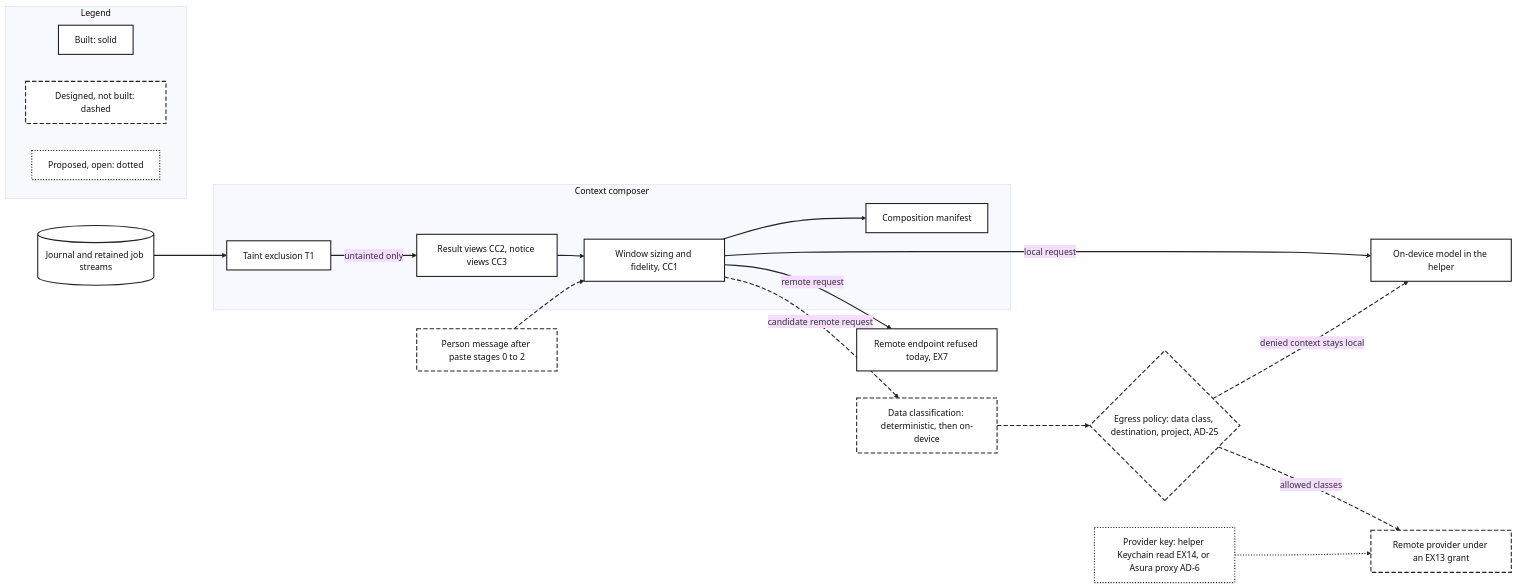
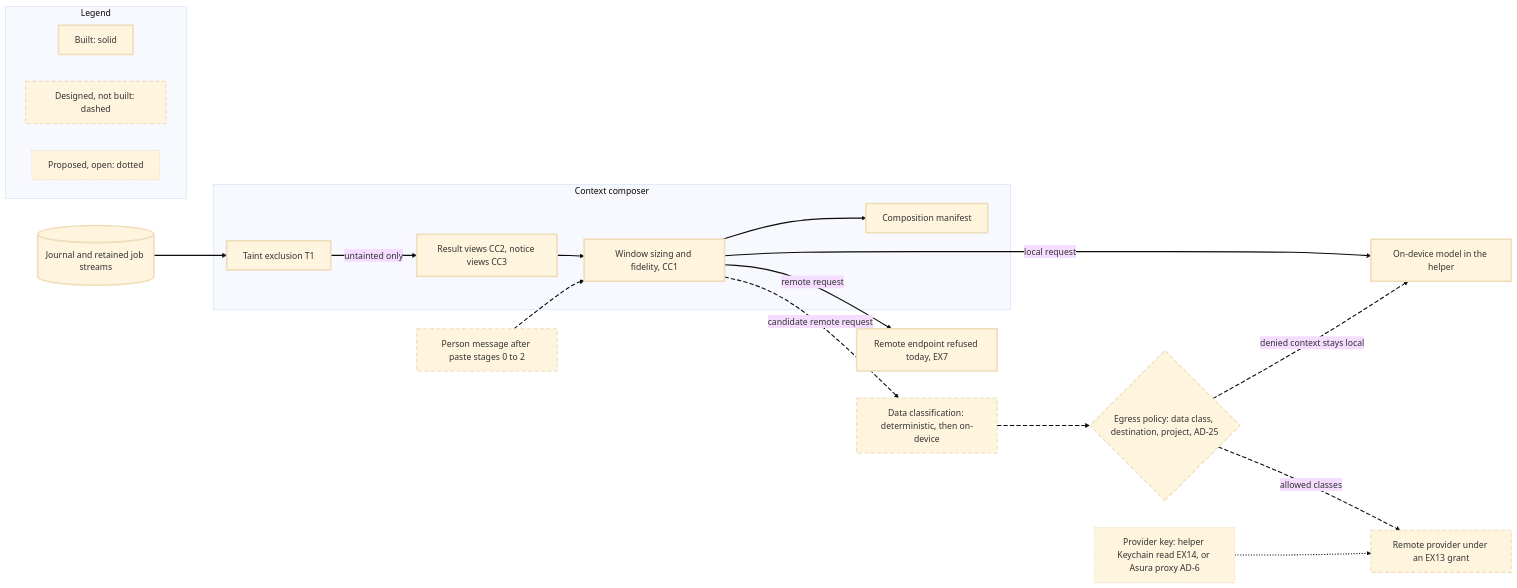
Before and after one commit to pidster/asura: the sixth of 7 diagrams in docs/designs/architecture-overview.md, drawn with Mermaid (base theme). The commit also changed other lines of this file, not shown here.

First line of the commit message:
Let the overview diagrams follow the viewer's theme: no colours set

````diff
--- a/docs/designs/architecture-overview.md
+++ b/docs/designs/architecture-overview.md
@@ -432,41 +432,41 @@
 ```mermaid
 flowchart LR
     Jn[("Journal and retained job streams")]:::built
     Msg["Person message after paste stages 0 to 2"]:::designed
     subgraph Comp["Context composer"]
         T1["Taint exclusion T1"]:::built
         Views["Result views CC2, notice views CC3"]:::built
         Win["Window sizing and fidelity, CC1"]:::built
         Man["Composition manifest"]:::built
     end
     Cls["Data classification: deterministic, then on-device"]:::designed
     Pol{"Egress policy: data class, destination, project, AD-25"}:::designed
     Local["On-device model in the helper"]:::built
     Refuse["Remote endpoint refused today, EX7"]:::built
     Remote["Remote provider under an EX13 grant"]:::designed
     Key["Provider key: helper Keychain read EX14, or Asura proxy AD-6"]:::proposed
     Jn --> T1
     T1 -->|"untainted only"| Views
     Views --> Win
     Win --> Man
     Win -->|"local request"| Local
     Win -->|"remote request"| Refuse
     Msg --> Win
     Win -->|"candidate remote request"| Cls
     Cls --> Pol
     Pol -->|"allowed classes"| Remote
     Pol -->|"denied context stays local"| Local
     Key --> Remote
     subgraph Legend["Legend"]
         direction LR
         LB["Built: solid"]:::built
         LD["Designed, not built: dashed"]:::designed
         LP["Proposed, open: dotted"]:::proposed
     end
-    classDef built fill:#ffffff,stroke:#222222,stroke-width:2px,color:#111111
-    classDef designed fill:#ffffff,stroke:#222222,stroke-width:2px,stroke-dasharray:8 4,color:#111111
-    classDef proposed fill:#ffffff,stroke:#222222,stroke-width:2px,stroke-dasharray:2 3,color:#111111
-    linkStyle 0,1,2,3,4,5 stroke:#222222,stroke-width:2px
-    linkStyle 6,7,8,9,10 stroke:#222222,stroke-width:2px,stroke-dasharray:8 4
-    linkStyle 11 stroke:#222222,stroke-width:2px,stroke-dasharray:2 3
+    classDef built stroke-width:3px
+    classDef designed stroke-width:2px,stroke-dasharray:8 4
+    classDef proposed stroke-width:2px,stroke-dasharray:2 3
+    linkStyle 0,1,2,3,4,5 stroke-width:2px
+    linkStyle 6,7,8,9,10 stroke-width:2px,stroke-dasharray:8 4
+    linkStyle 11 stroke-width:2px,stroke-dasharray:2 3
 ```
````
